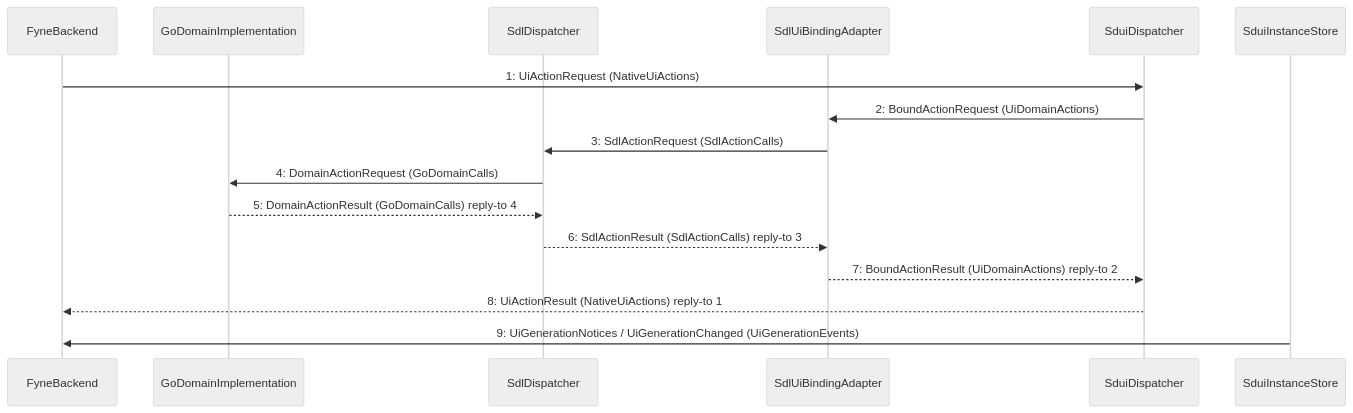
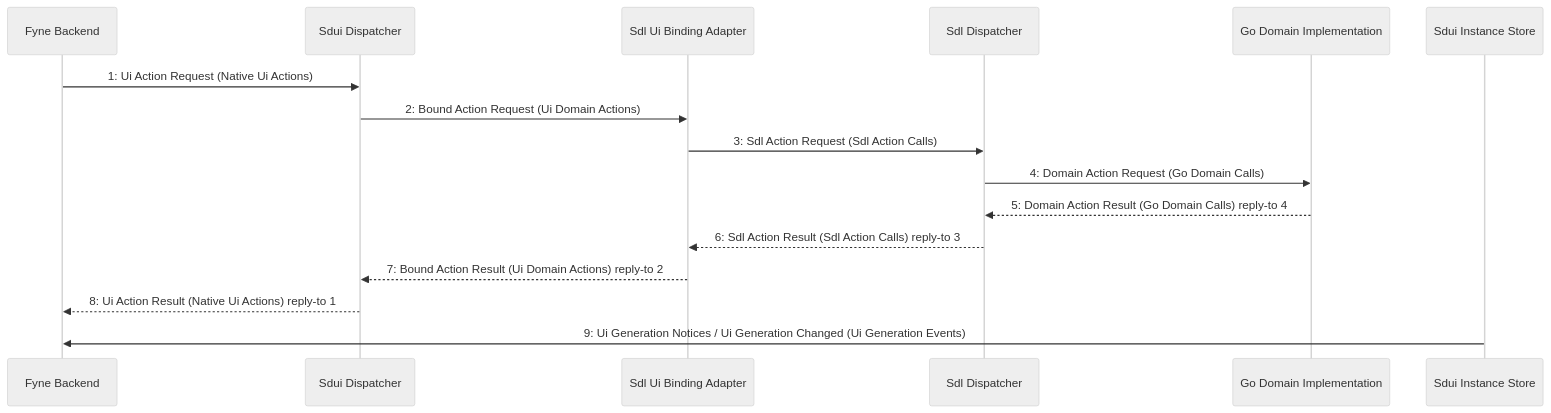
Before and after one commit to Hans-Einar/SDP: the diagram in SDUI/design/viewpoints/diagrams/VP08-BoundActionAccepted.mmd, drawn with Mermaid (neutral theme). The commit also changed 145 other files, not shown here.

```diff
--- a/SDUI/design/viewpoints/diagrams/VP08-BoundActionAccepted.mmd
+++ b/SDUI/design/viewpoints/diagrams/VP08-BoundActionAccepted.mmd
@@ -1,16 +1,16 @@
 sequenceDiagram
-    participant n_FyneBackend as FyneBackend
-    participant n_GoDomainImplementation as GoDomainImplementation
-    participant n_SdlDispatcher as SdlDispatcher
-    participant n_SdlUiBindingAdapter as SdlUiBindingAdapter
-    participant n_SduiDispatcher as SduiDispatcher
-    participant n_SduiInstanceStore as SduiInstanceStore
-    n_FyneBackend->>n_SduiDispatcher: 1: UiActionRequest (NativeUiActions)
-    n_SduiDispatcher->>n_SdlUiBindingAdapter: 2: BoundActionRequest (UiDomainActions)
-    n_SdlUiBindingAdapter->>n_SdlDispatcher: 3: SdlActionRequest (SdlActionCalls)
-    n_SdlDispatcher->>n_GoDomainImplementation: 4: DomainActionRequest (GoDomainCalls)
-    n_GoDomainImplementation-->>n_SdlDispatcher: 5: DomainActionResult (GoDomainCalls) reply-to 4
-    n_SdlDispatcher-->>n_SdlUiBindingAdapter: 6: SdlActionResult (SdlActionCalls) reply-to 3
-    n_SdlUiBindingAdapter-->>n_SduiDispatcher: 7: BoundActionResult (UiDomainActions) reply-to 2
-    n_SduiDispatcher-->>n_FyneBackend: 8: UiActionResult (NativeUiActions) reply-to 1
-    n_SduiInstanceStore->>n_FyneBackend: 9: UiGenerationNotices / UiGenerationChanged (UiGenerationEvents)
+    participant n_FyneBackend as Fyne Backend
+    participant n_SduiDispatcher as Sdui Dispatcher
+    participant n_SdlUiBindingAdapter as Sdl Ui Binding Adapter
+    participant n_SdlDispatcher as Sdl Dispatcher
+    participant n_GoDomainImplementation as Go Domain Implementation
+    participant n_SduiInstanceStore as Sdui Instance Store
+    n_FyneBackend->>n_SduiDispatcher: 1: Ui Action Request (Native Ui Actions)
+    n_SduiDispatcher->>n_SdlUiBindingAdapter: 2: Bound Action Request (Ui Domain Actions)
+    n_SdlUiBindingAdapter->>n_SdlDispatcher: 3: Sdl Action Request (Sdl Action Calls)
+    n_SdlDispatcher->>n_GoDomainImplementation: 4: Domain Action Request (Go Domain Calls)
+    n_GoDomainImplementation-->>n_SdlDispatcher: 5: Domain Action Result (Go Domain Calls) reply-to 4
+    n_SdlDispatcher-->>n_SdlUiBindingAdapter: 6: Sdl Action Result (Sdl Action Calls) reply-to 3
+    n_SdlUiBindingAdapter-->>n_SduiDispatcher: 7: Bound Action Result (Ui Domain Actions) reply-to 2
+    n_SduiDispatcher-->>n_FyneBackend: 8: Ui Action Result (Native Ui Actions) reply-to 1
+    n_SduiInstanceStore->>n_FyneBackend: 9: Ui Generation Notices / Ui Generation Changed (Ui Generation Events)
```
